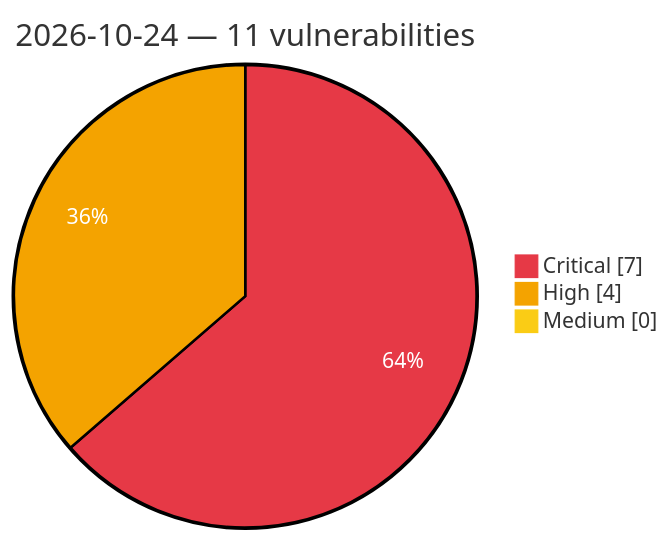
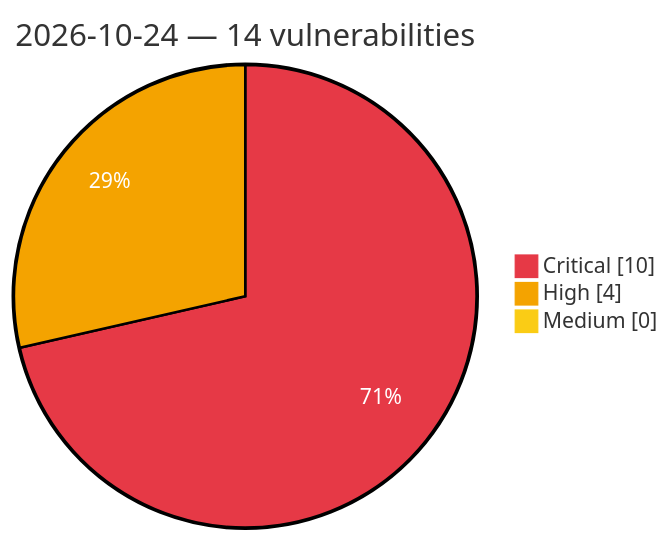
Before and after one commit to GhostX0X/vuln-tracker: the diagram in vulnerabilities/2026/October/2026-10-24.md, drawn with Mermaid. The commit also changed other lines of this file and 5 other files, not shown here.

````diff
--- a/vulnerabilities/2026/October/2026-10-24.md
+++ b/vulnerabilities/2026/October/2026-10-24.md
@@ -3,8 +3,8 @@
 ```mermaid
 %%{init: {'theme':'base', 'themeVariables': {'pie1':'#e63946', 'pie2':'#f4a300', 'pie3':'#facc15', 'pieOpacity':'1', 'pieOuterStrokeWidth':'2px', 'pieSectionTextColor':'#ffffff'}}}%%
 pie showData
-    title 2026-10-24 — 11 vulnerabilities
-    "Critical" : 7
+    title 2026-10-24 — 14 vulnerabilities
+    "Critical" : 10
     "High" : 4
     "Medium" : 0
 ```
````
